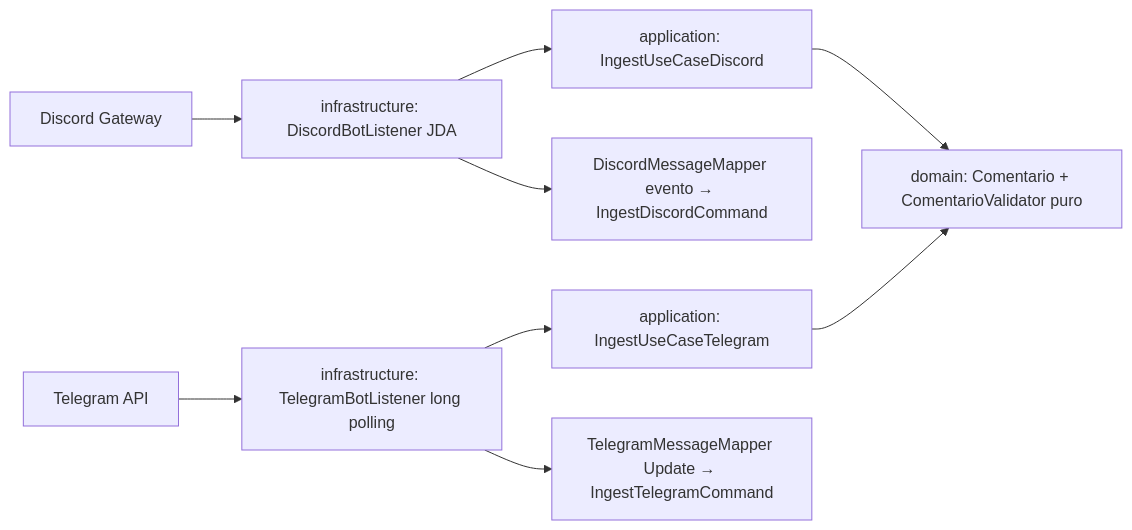
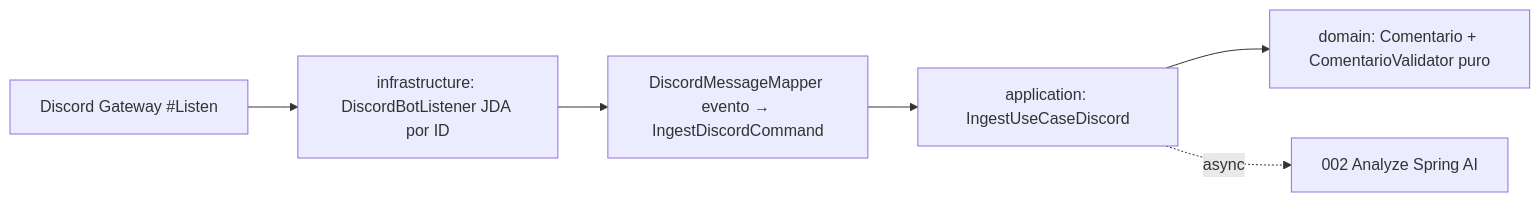
One commit to No-Country-simulation/G-10-CommunityLab-equipo-3 changed the diagram in docs/sdd/specs/001-ingesta-normalizada/plan.md. Above: the diagram before and after it, drawn with Mermaid. The commit also changed other lines of this file and 2 other files, not shown here.

Commit message:
docs(sdd-001): discord Listen by ID, telegram deferred

````diff
--- a/docs/sdd/specs/001-ingesta-normalizada/plan.md
+++ b/docs/sdd/specs/001-ingesta-normalizada/plan.md
@@ -8,10 +8,8 @@
 ```mermaid
 flowchart LR
-  GW[Discord Gateway] --> LIS[infrastructure: DiscordBotListener JDA]
-  TG[Telegram API] --> TGL[infrastructure: TelegramBotListener long polling]
-  LIS --> UC[application: IngestUseCaseDiscord]
-  TGL --> UCT[application: IngestUseCaseTelegram]
-  UC & UCT --> DM[domain: Comentario + ComentarioValidator puro]
+  GW[Discord Gateway #Listen] --> LIS[infrastructure: DiscordBotListener JDA por ID]
   LIS --> MAP[DiscordMessageMapper evento → IngestDiscordCommand]
-  TGL --> MAPT[TelegramMessageMapper Update → IngestTelegramCommand]
+  MAP --> UC[application: IngestUseCaseDiscord]
+  UC --> DM[domain: Comentario + ComentarioValidator puro]
+  UC -.async.-> LLM[002 Analyze Spring AI]
 ```
````
